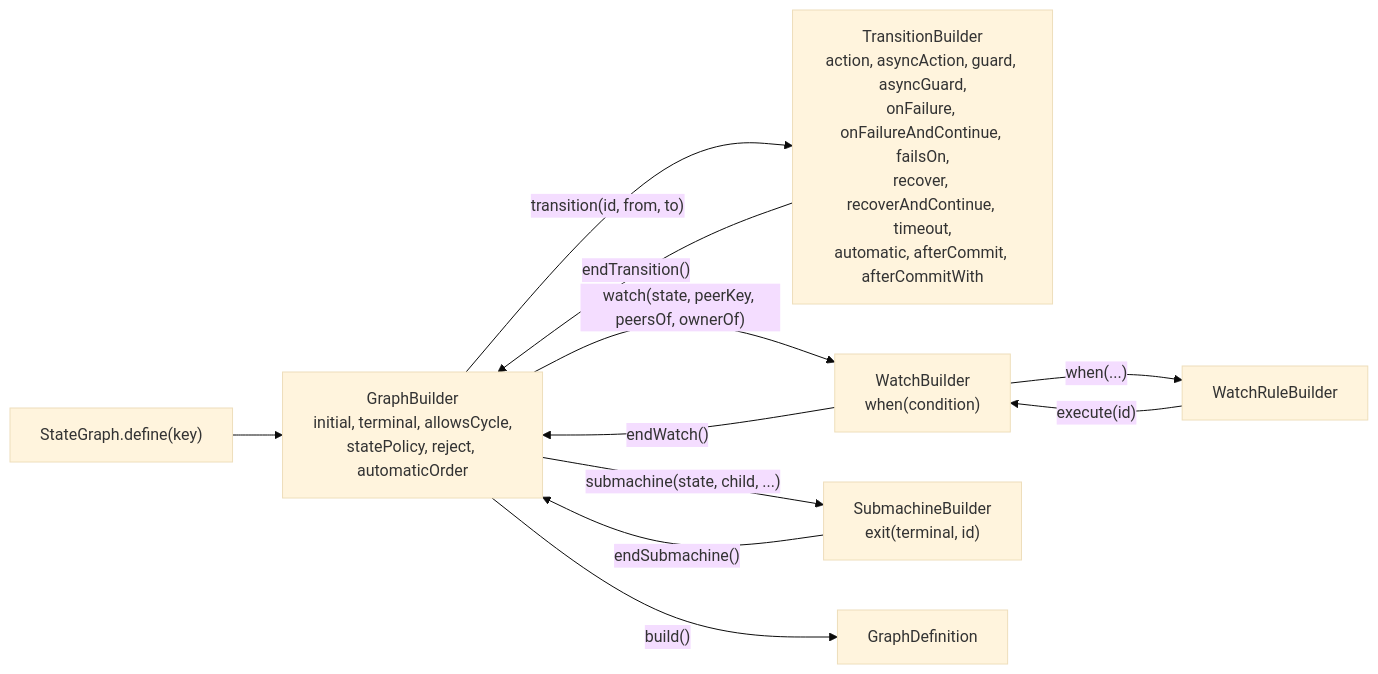
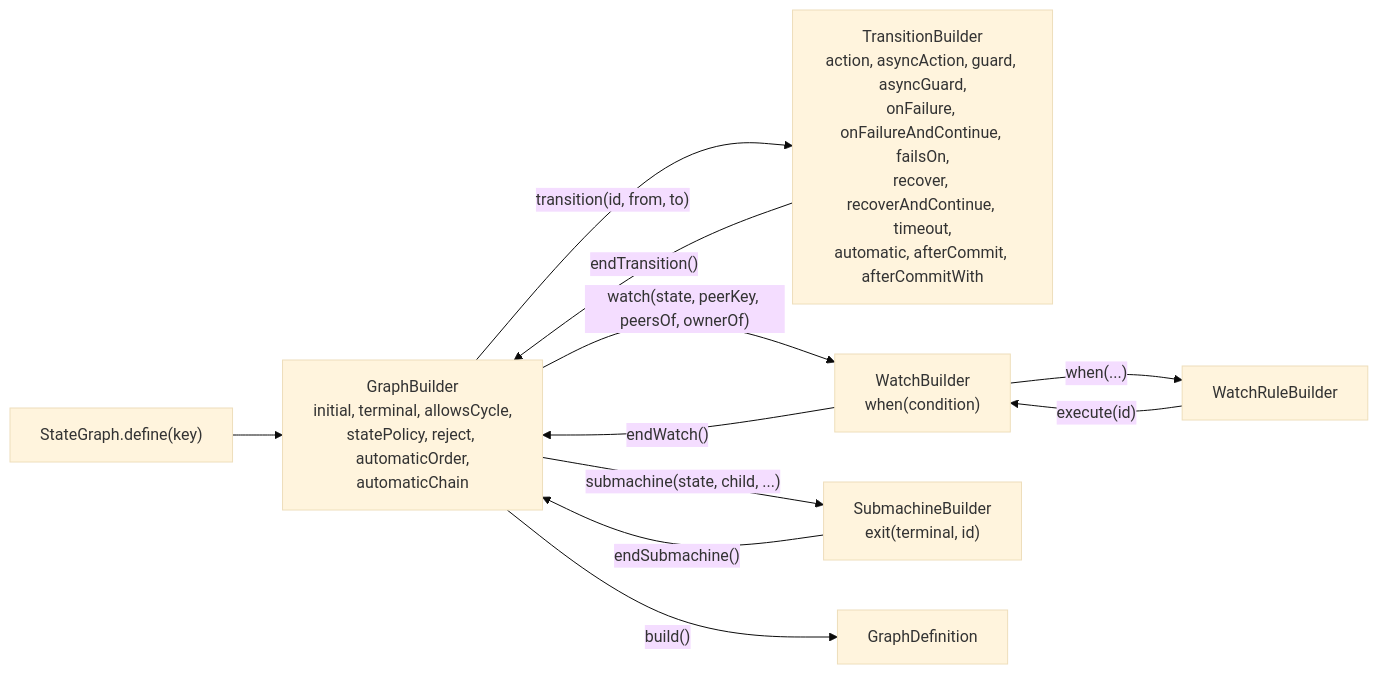
Before and after one commit to graphmaquina/graphmaquina: the diagram in docs/dsl.md, drawn with Mermaid (base theme). The commit also changed other lines of this file and 24 other files, not shown here.

````diff
--- a/docs/dsl.md
+++ b/docs/dsl.md
@@ -82,13 +82,13 @@
 ```mermaid
 flowchart LR
-    define["StateGraph.define(key)"] --> graphStage["GraphBuilder<br/>initial, terminal, allowsCycle,<br/>statePolicy, reject, automaticOrder"]
+    define["StateGraph.define(key)"] --> graphStage["GraphBuilder<br/>initial, terminal, allowsCycle,<br/>statePolicy, reject, automaticOrder,<br/>automaticChain"]
     graphStage -- "transition(id, from, to)" --> edge["TransitionBuilder<br/>action, asyncAction, guard, asyncGuard,<br/>onFailure, onFailureAndContinue, failsOn,<br/>recover, recoverAndContinue, timeout,<br/>automatic, afterCommit, afterCommitWith"]
     edge -- "endTransition()" --> graphStage
     graphStage -- "watch(state, peerKey, peersOf, ownerOf)" --> watch["WatchBuilder<br/>when(condition)"]
     watch -- "when(...)" --> rule["WatchRuleBuilder"]
     rule -- "execute(id)" --> watch
     watch -- "endWatch()" --> graphStage
     graphStage -- "submachine(state, child, ...)" --> sub["SubmachineBuilder<br/>exit(terminal, id)"]
     sub -- "endSubmachine()" --> graphStage
     graphStage -- "build()" --> definition["GraphDefinition"]
 ```
````
